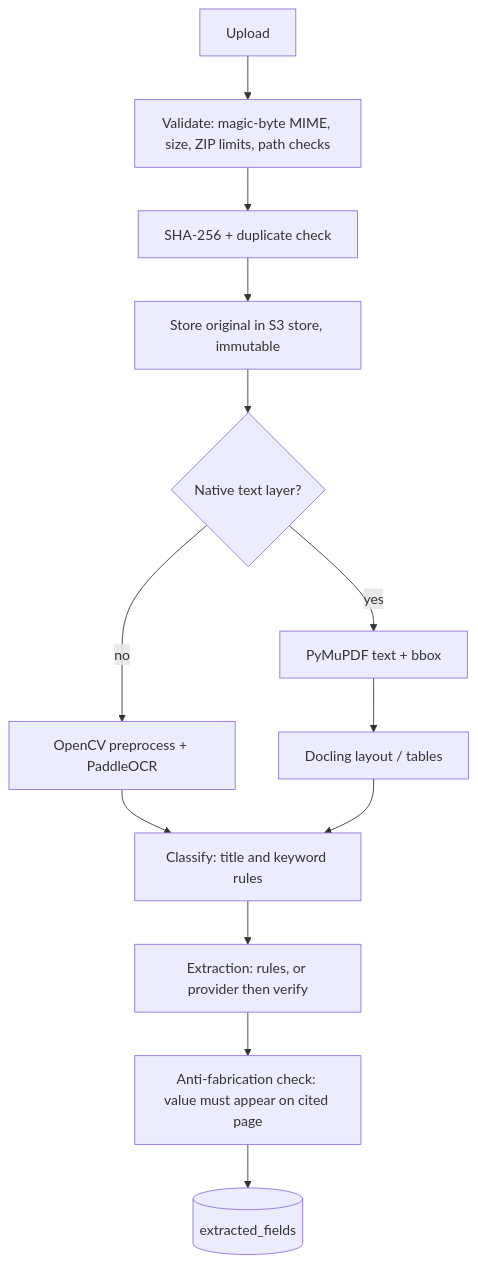
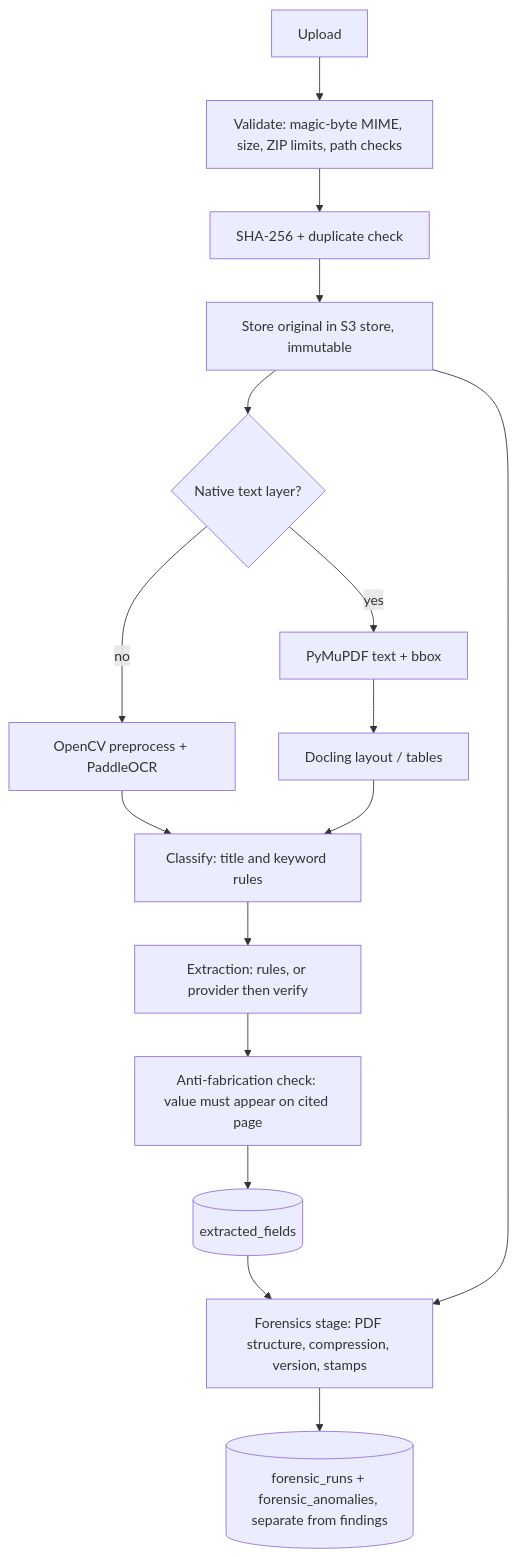
The second of 4 diagrams in docs/architecture.md (OWAIS086-web/Veritas-Ai), drawn with Mermaid before and after one commit. The commit also changed other lines of this file and 72 other files, not shown here.

Commit message:
forensics: PDF structure, compression, version and stamp analysis with Forensics Lab

````diff
--- a/docs/architecture.md
+++ b/docs/architecture.md
@@ -29,13 +29,16 @@
 ```mermaid
 flowchart TD
   A[Upload] --> B[Validate: magic-byte MIME, size, ZIP limits, path checks] --> C[SHA-256 + duplicate check]
   C --> D[Store original in S3 store, immutable] --> F{Native text layer?}
   F -->|yes| G[PyMuPDF text + bbox]
   F -->|no| H[OpenCV preprocess + PaddleOCR]
   G --> I[Docling layout / tables]
   H --> E[Classify: title and keyword rules]
   I --> E
   E --> J[Extraction: rules, or provider then verify]
   J --> V[Anti-fabrication check: value must appear on cited page]
   V --> K[(extracted_fields)]
+  K --> FX[Forensics stage: PDF structure, compression, version, stamps]
+  D --> FX
+  FX --> FR[(forensic_runs + forensic_anomalies, separate from findings)]
 ```
````
